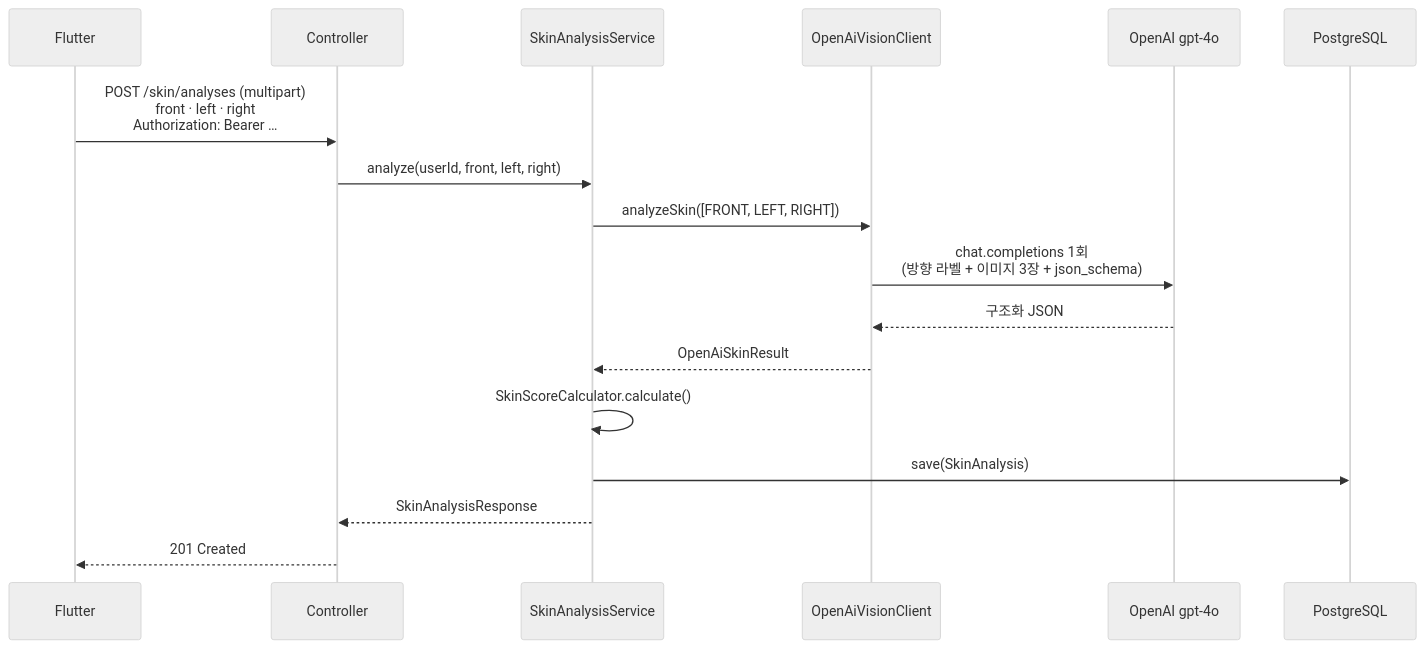
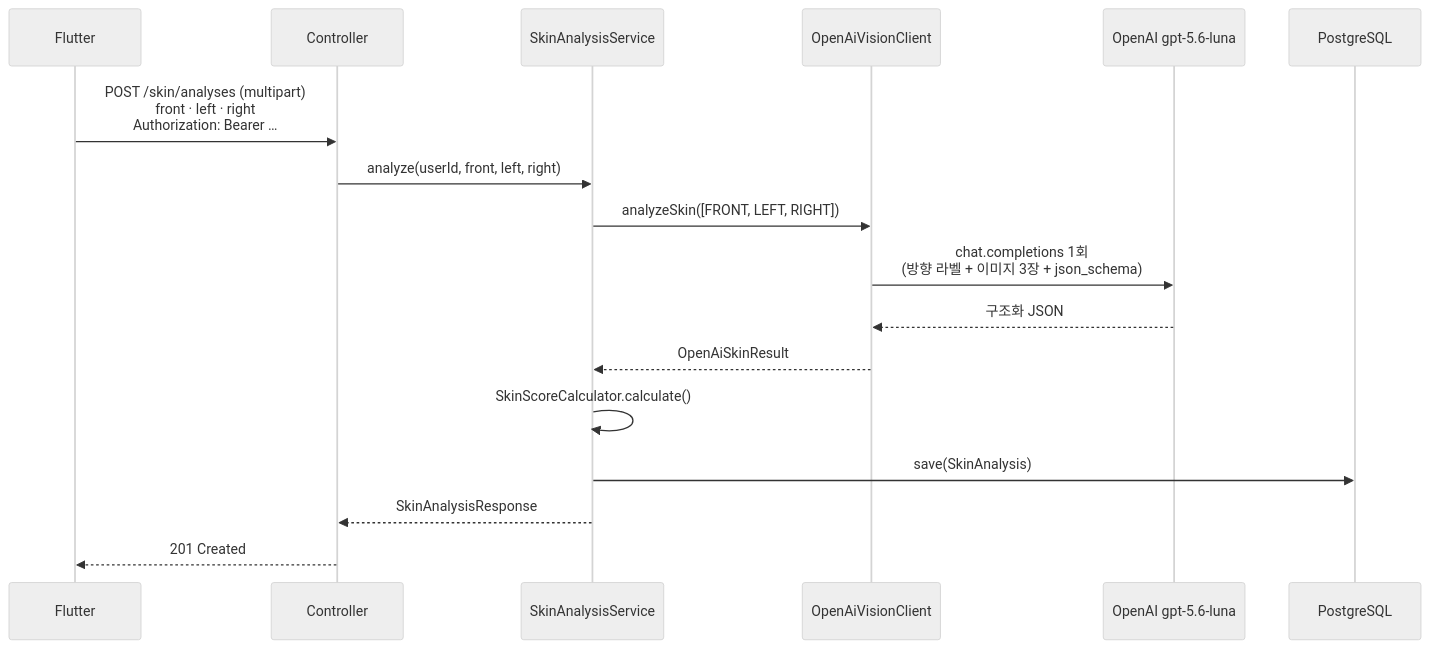
One commit to LikeLion-DU/Skinpick-backend changed the sixth of 8 diagrams in SkinPlate_PRD.md. Above: the diagram before and after it, drawn with Mermaid (neutral theme). The commit also changed other lines of this file and 3 other files, not shown here.

First line of the commit message:
chore(infra): 피부 분석 모델을 gpt-5.6-luna 로 교체

````diff
--- a/SkinPlate_PRD.md
+++ b/SkinPlate_PRD.md
@@ -3159,20 +3159,20 @@
 ```mermaid
 sequenceDiagram
     participant F as Flutter
     participant C as Controller
     participant S as SkinAnalysisService
     participant O as OpenAiVisionClient
-    participant AI as OpenAI gpt-4o
+    participant AI as OpenAI gpt-5.6-luna
     participant D as PostgreSQL
 
     F->>C: POST /skin/analyses (multipart)<br/>front · left · right<br/>Authorization: Bearer …
     C->>S: analyze(userId, front, left, right)
     S->>O: analyzeSkin([FRONT, LEFT, RIGHT])
     O->>AI: chat.completions 1회<br/>(방향 라벨 + 이미지 3장 + json_schema)
     AI-->>O: 구조화 JSON
     O-->>S: OpenAiSkinResult
     S->>S: SkinScoreCalculator.calculate()
     S->>D: save(SkinAnalysis)
     S-->>C: SkinAnalysisResponse
     C-->>F: 201 Created
 ```
````
